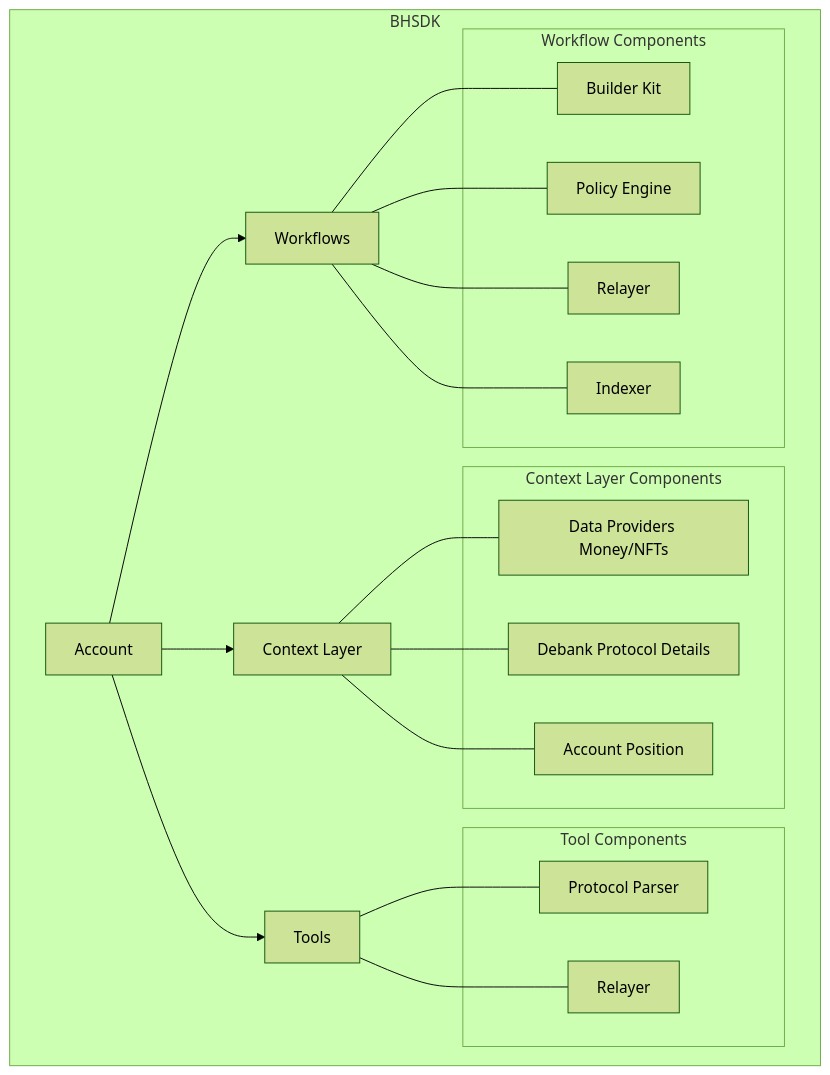
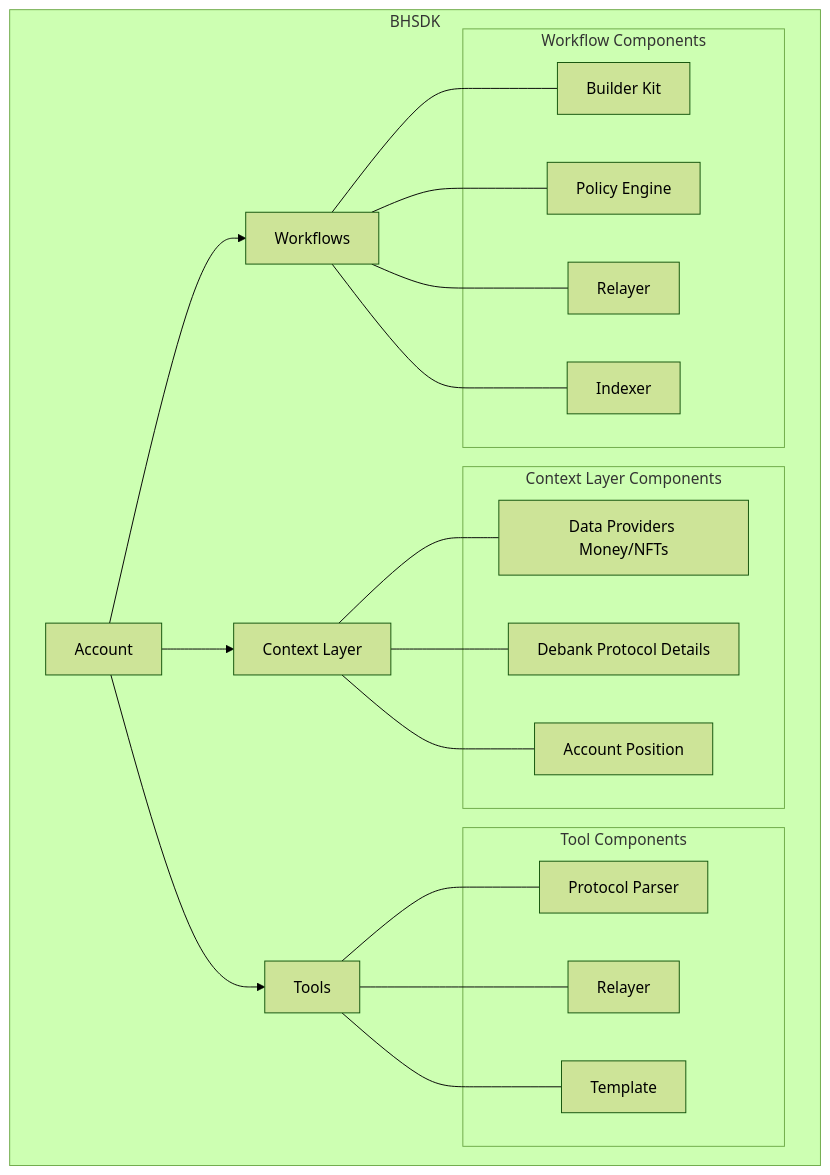
The diagram in README.md (Brahma-fi/console-kit), drawn with Mermaid (forest theme) before and after one commit. The commit also changed other lines of this file, not shown here.

Commit message:
added tools and workflows

````diff
--- a/README.md
+++ b/README.md
@@ -5,39 +5,41 @@
 ```mermaid
 graph TD
     subgraph BHSDK
         A[Account] 
+        A --> E[Tools]
+        A --> D[Workflows]
         A --> C[Context Layer]
-        A --> D[Workflows]
-        A --> E[Tools]
-        
+
         subgraph Tool Components
             PP[Protocol Parser]
             R1[Relayer]
+            T[Template]
         end
         
         subgraph Context Layer Components
             CL[Data Providers Money/NFTs]
             DP[Debank Protocol Details]
             AP[Account Position]
         end
         
         subgraph Workflow Components
             B2[Builder Kit]
             P[Policy Engine]
             R2[Relayer]
             I[Indexer]
         end
         
         C --- CL
         C --- DP
         C --- AP
         
         D --- P
         D --- R2
         D --- I
         D --- B2
 
         E --- PP
         E --- R1
+        E --- T
     end
 ```
````
